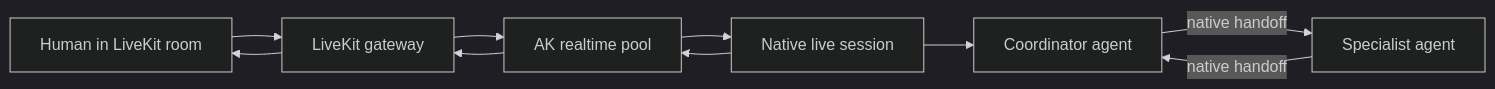
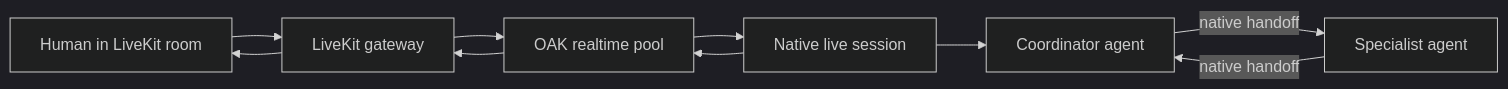
One commit to yaalalabs/agent-kernel changed the diagram in docs/docs/architecture/realtime-internals.md. Above: the diagram before and after it, drawn with Mermaid (dark theme). The commit also changed other lines of this file and 444 other files, not shown here.

````diff
--- a/docs/docs/architecture/realtime-internals.md
+++ b/docs/docs/architecture/realtime-internals.md
@@ -7,10 +7,10 @@
 ```mermaid
 flowchart LR
     H[Human in LiveKit room] --> G[LiveKit gateway]
-    G --> P[AK realtime pool]
+    G --> P[OAK realtime pool]
     P --> N[Native live session]
     N --> A[Coordinator agent]
     A -->|native handoff| B[Specialist agent]
     B -->|native handoff| A
     N --> P --> G --> H
 ```
````
